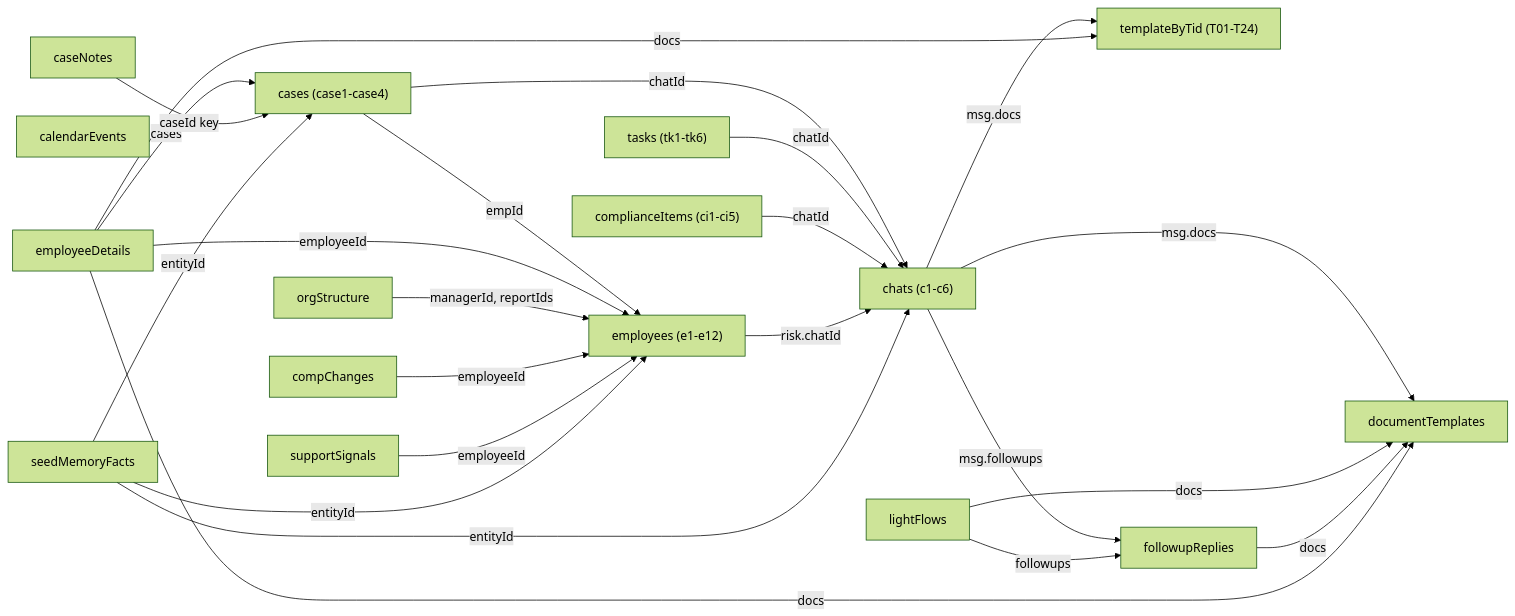
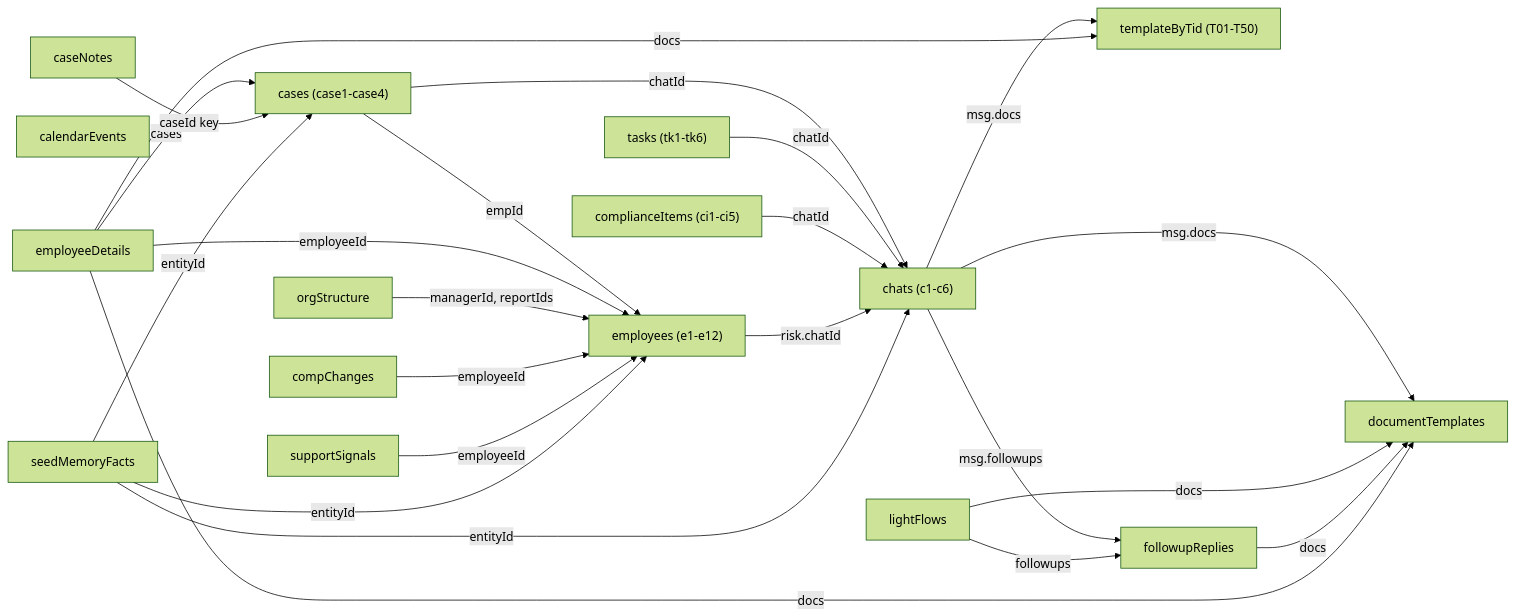
Before and after one commit to Dutiva-Canada/Dutiva_Web: the third of 6 diagrams in docs/wiki/Fixture-Data-System.md, drawn with Mermaid (forest theme). The commit also changed 84 other files, not shown here.

````diff
--- a/docs/wiki/Fixture-Data-System.md
+++ b/docs/wiki/Fixture-Data-System.md
@@ -204,42 +204,42 @@
 ```mermaid
 graph LR
     EMP["employees (e1-e12)"]
     CASES["cases (case1-case4)"]
     CHATS["chats (c1-c6)"]
     TASKS["tasks (tk1-tk6)"]
     COMPL["complianceItems (ci1-ci5)"]
     DOCS["documentTemplates"]
-    DOCLIB["templateByTid (T01-T24)"]
+    DOCLIB["templateByTid (T01-T50)"]
     MEM["seedMemoryFacts"]
     CAL["calendarEvents"]
     DETAIL["employeeDetails"]
     ORG["orgStructure"]
     COMPCH["compChanges"]
     SIGNALS["supportSignals"]
     NOTES["caseNotes"]
     FOLLOW["followupReplies"]
     LFLOWS["lightFlows"]
 
     CASES -->|"empId"| EMP
     CASES -->|"chatId"| CHATS
     TASKS -->|"chatId"| CHATS
     COMPL -->|"chatId"| CHATS
     EMP -->|"risk.chatId"| CHATS
     CHATS -->|"msg.docs"| DOCS
     CHATS -->|"msg.docs"| DOCLIB
     CHATS -->|"msg.followups"| FOLLOW
     LFLOWS -->|"docs"| DOCS
     LFLOWS -->|"followups"| FOLLOW
     FOLLOW -->|"docs"| DOCS
     DETAIL -->|"docs"| DOCS
     DETAIL -->|"docs"| DOCLIB
     DETAIL -->|"cases"| CASES
     DETAIL -->|"employeeId"| EMP
     ORG -->|"managerId, reportIds"| EMP
     COMPCH -->|"employeeId"| EMP
     SIGNALS -->|"employeeId"| EMP
     NOTES -->|"caseId key"| CASES
     MEM -->|"entityId"| EMP
     MEM -->|"entityId"| CASES
     MEM -->|"entityId"| CHATS
 ```
````
